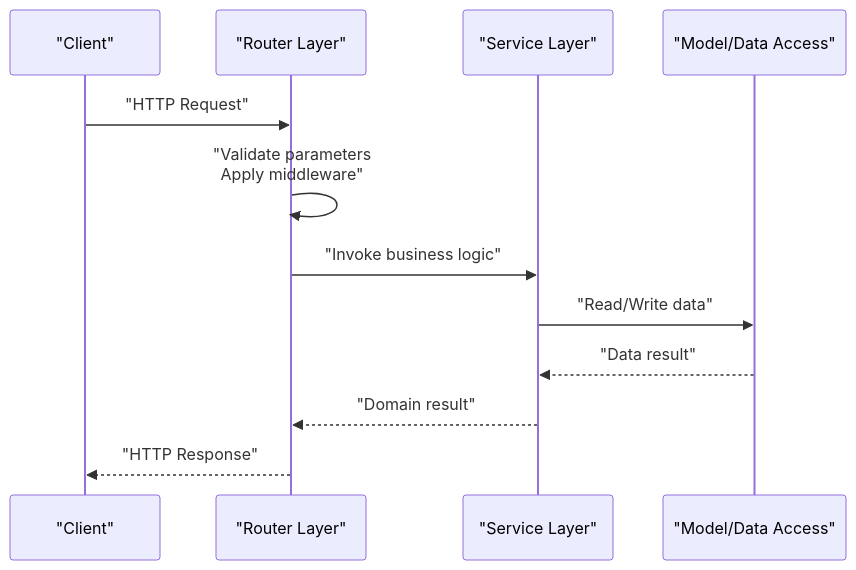
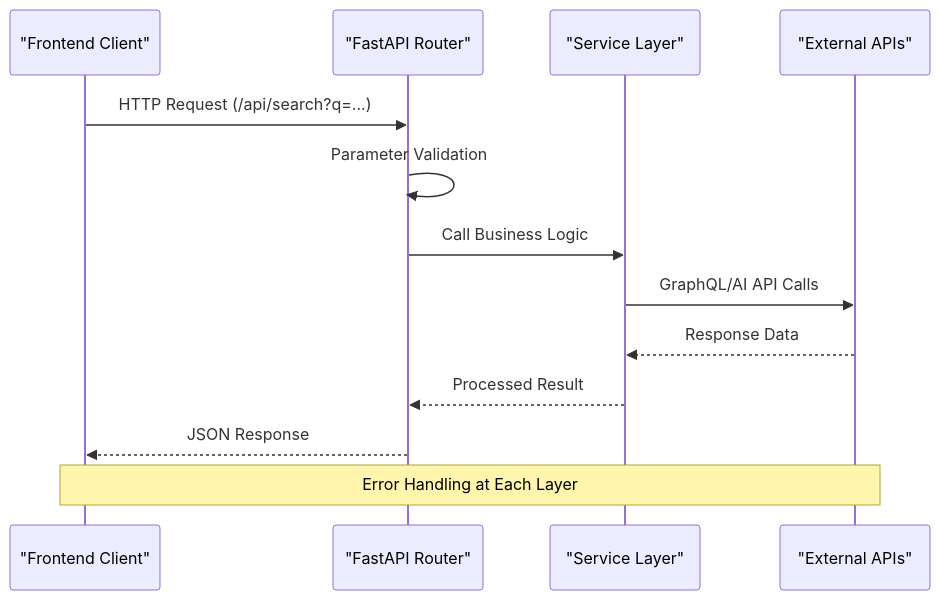
Before and after one commit to Ragnar1999/GoNow: the second of 2 diagrams in .qoder/repowiki/en/content/API Development Guide/API Development Guide.md, drawn with Mermaid. The commit also changed other lines of this file and 6 other files, not shown here.

````diff
--- a/.qoder/repowiki/en/content/API Development Guide/API Development Guide.md
+++ b/.qoder/repowiki/en/content/API Development Guide/API Development Guide.md
@@ -62,14 +123,15 @@
 ```mermaid
 sequenceDiagram
-participant Client as "Client"
-participant Router as "Router Layer"
+participant Client as "Frontend Client"
+participant FastAPI as "FastAPI Router"
 participant Service as "Service Layer"
-participant Model as "Model/Data Access"
-Client->>Router : "HTTP Request"
-Router->>Router : "Validate parameters<br/>Apply middleware"
-Router->>Service : "Invoke business logic"
-Service->>Model : "Read/Write data"
-Model-->>Service : "Data result"
-Service-->>Router : "Domain result"
-Router-->>Client : "HTTP Response"
+participant External as "External APIs"
+Client->>FastAPI : HTTP Request (/api/search?q=...)
+FastAPI->>FastAPI : Parameter Validation
+FastAPI->>Service : Call Business Logic
+Service->>External : GraphQL/AI API Calls
+External-->>Service : Response Data
+Service-->>FastAPI : Processed Result
+FastAPI-->>Client : JSON Response
+Note over Client,External : Error Handling at Each Layer
 ```
````
